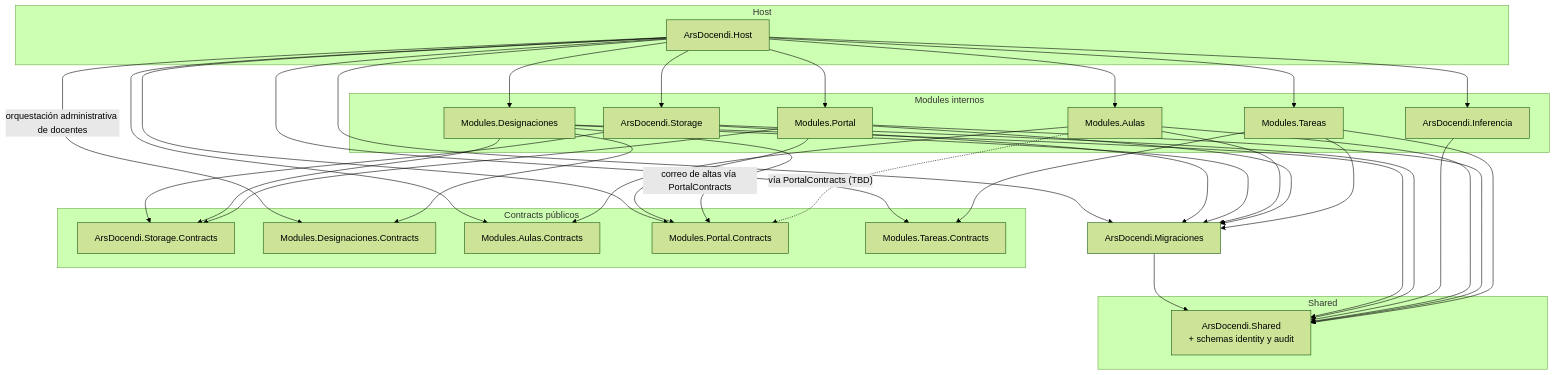
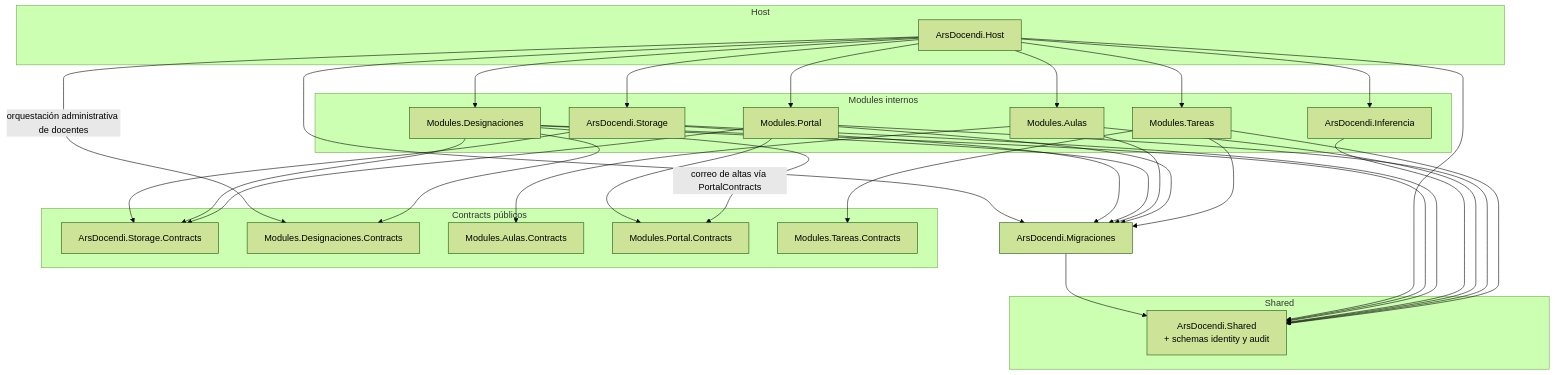
The diagram in docs/architecture/dependency-graph.md (Ars-Docendi/ars-docendi), drawn with Mermaid (forest theme) before and after one commit. The commit also changed other lines of this file and 65 other files, not shown here.

````diff
--- a/docs/architecture/dependency-graph.md
+++ b/docs/architecture/dependency-graph.md
@@ -11,60 +11,57 @@
 ```mermaid
 flowchart TD
   subgraph host [Host]
     Host["ArsDocendi.Host"]
   end
   subgraph shared [Shared]
     Shared["ArsDocendi.Shared<br/>+ schemas identity y audit"]
   end
   subgraph contracts [Contracts públicos]
     StorageContracts["ArsDocendi.Storage.Contracts"]
     DesignacionesContracts["Modules.Designaciones.Contracts"]
     AulasContracts["Modules.Aulas.Contracts"]
     PortalContracts["Modules.Portal.Contracts"]
     TareasContracts["Modules.Tareas.Contracts"]
   end
   subgraph modules [Modules internos]
     Storage["ArsDocendi.Storage"]
     Inferencia["ArsDocendi.Inferencia"]
     Designaciones["Modules.Designaciones"]
     Aulas["Modules.Aulas"]
     Portal["Modules.Portal"]
     Tareas["Modules.Tareas"]
   end
 
   Host --> Migraciones["ArsDocendi.Migraciones"]
   Migraciones --> Shared
   Storage --> Migraciones
   Designaciones --> Migraciones
   Aulas --> Migraciones
   Portal --> Migraciones
   Tareas --> Migraciones
   Host --> Designaciones
   Host --> Storage
   Host --> Inferencia
   Host --> Aulas
   Host --> Portal
   Host --> Tareas
   Host -->|"orquestación administrativa de docentes"| DesignacionesContracts
-  Host --> AulasContracts
-  Host --> PortalContracts
-  Host --> TareasContracts
+  Host --> Shared
 
   Designaciones --> Shared
   Storage --> Shared
   Inferencia --> Shared
   Aulas --> Shared
   Portal --> Shared
   Tareas --> Shared
 
   Designaciones --> DesignacionesContracts
   Storage --> StorageContracts
   Designaciones --> StorageContracts
   Aulas --> AulasContracts
   Portal --> PortalContracts
   Portal --> StorageContracts
   Tareas --> TareasContracts
 
   Designaciones -->|"correo de altas vía PortalContracts"| PortalContracts
-  Aulas -.->|"vía PortalContracts (TBD)"| PortalContracts
 ```
````
